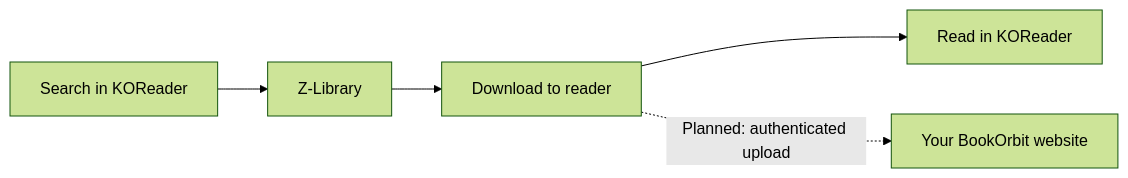
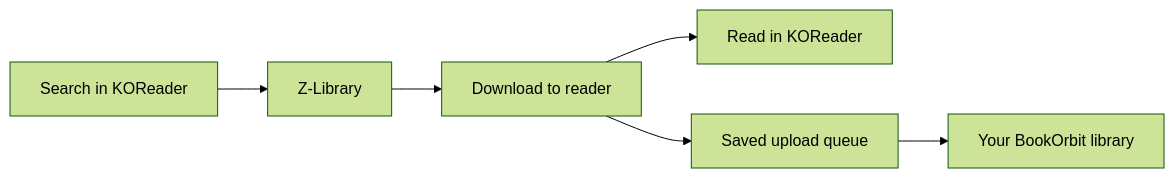
One commit to seshakiran/kindlefetch.koplugin changed the diagram in README.md. Above: the diagram before and after it, drawn with Mermaid (forest theme). The commit also changed other lines of this file and 15 other files, not shown here.

Commit message:
Add background BookOrbit uploads with native sessions and persistent queue

````diff
--- a/README.md
+++ b/README.md
@@ -33,7 +33,8 @@
 ```mermaid
 flowchart LR
     A[Search in KOReader] --> B[Z-Library]
     B --> C[Download to reader]
     C --> D[Read in KOReader]
-    C -. Planned: authenticated upload .-> E[Your BookOrbit website]
+    C --> E[Saved upload queue]
+    E --> F[Your BookOrbit library]
 ```
````
